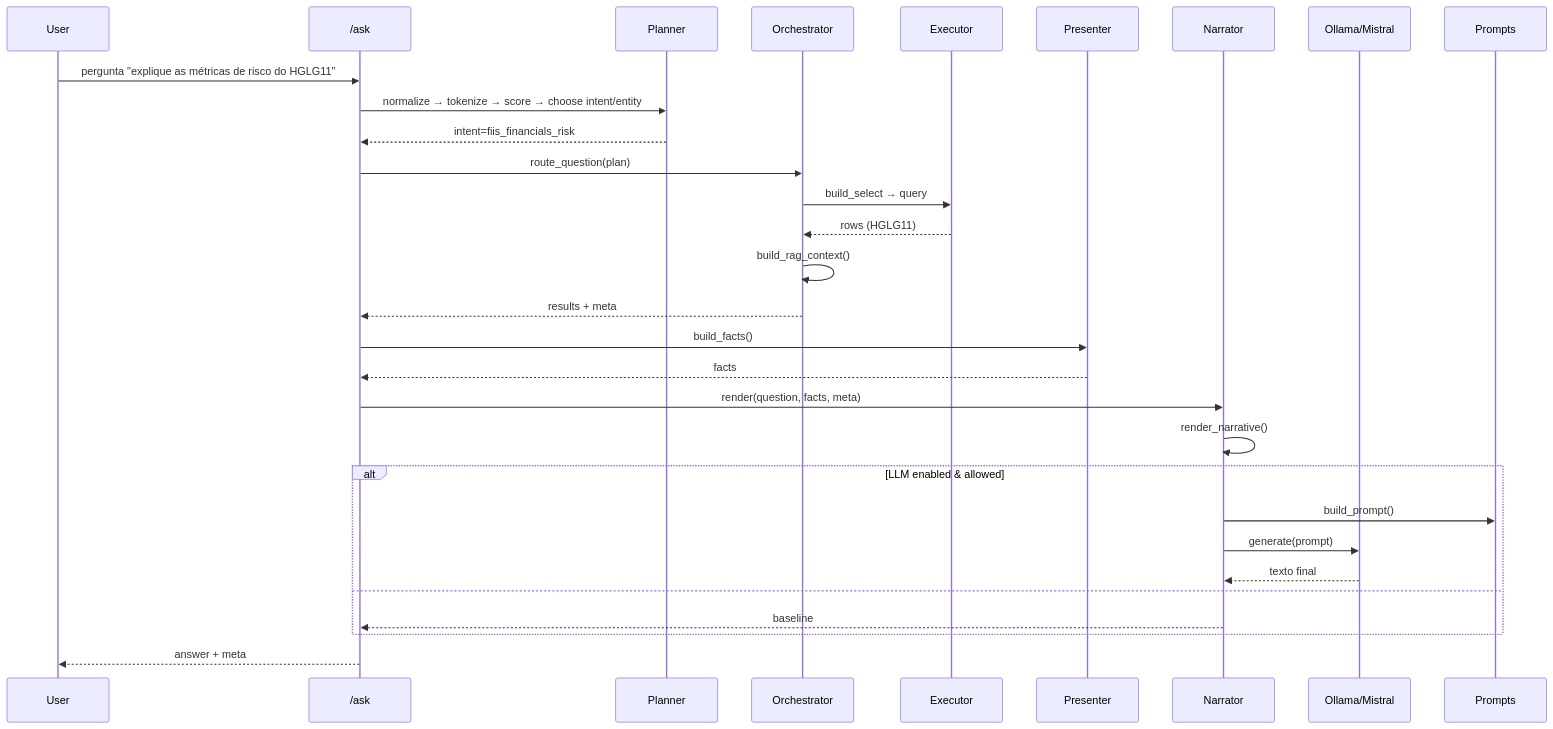
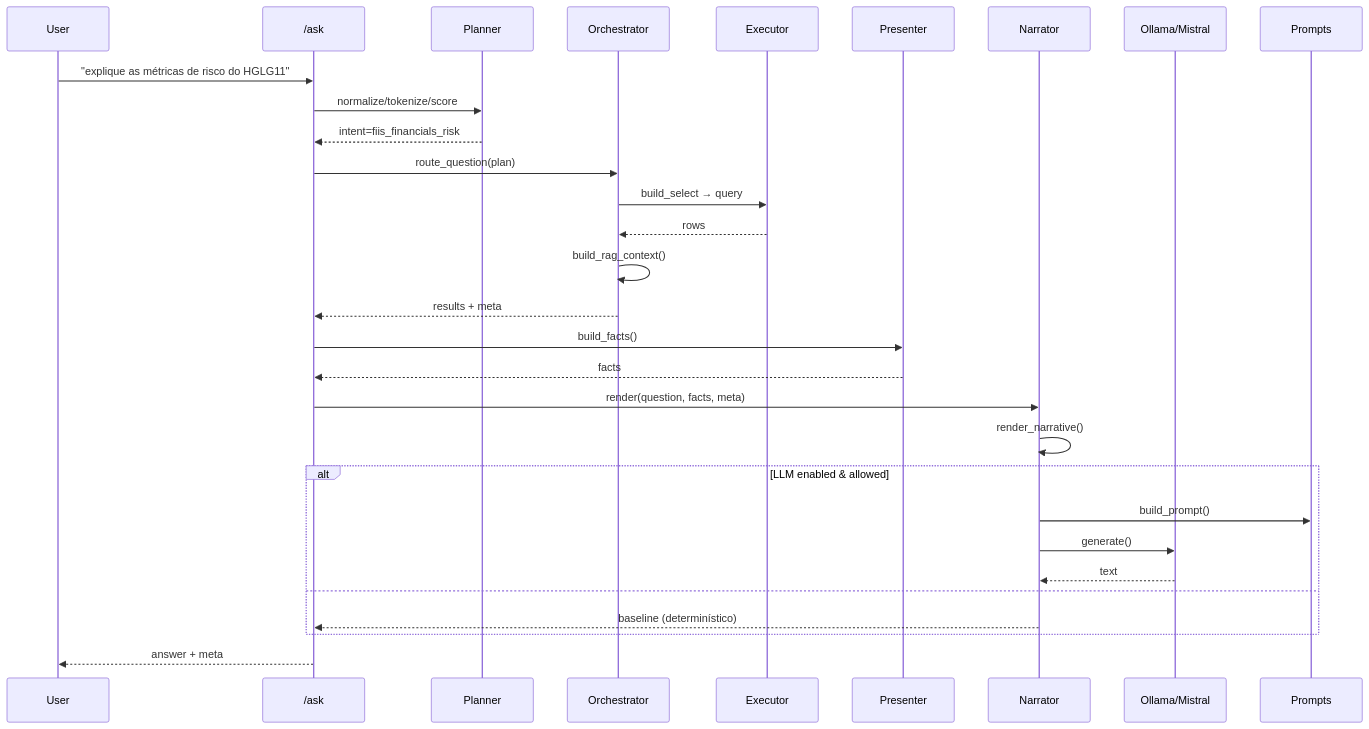
The diagram in docs/dev/NARRATOR_FLOW_RISK_SINGLE_PATH.md (leleoaraxa/araquem), drawn with Mermaid before and after one commit. The commit also changed other lines of this file, not shown here.

First line of the commit message:
docs(narrator): finalize NARRATOR_FLOW_RISK_SINGLE_PATH audit with RAG duplication analysis

````diff
--- a/docs/dev/NARRATOR_FLOW_RISK_SINGLE_PATH.md
+++ b/docs/dev/NARRATOR_FLOW_RISK_SINGLE_PATH.md
@@ -263,32 +254,32 @@
 ```mermaid
 sequenceDiagram
     participant User
     participant API as /ask
     participant Planner
     participant Orchestrator
     participant Executor
     participant Presenter
     participant Narrator
     participant LLM as Ollama/Mistral
 
-    User ->> API: pergunta "explique as métricas de risco do HGLG11"
-    API ->> Planner: normalize → tokenize → score → choose intent/entity
+    User ->> API: "explique as métricas de risco do HGLG11"
+    API ->> Planner: normalize/tokenize/score
     Planner -->> API: intent=fiis_financials_risk
     API ->> Orchestrator: route_question(plan)
     Orchestrator ->> Executor: build_select → query
-    Executor -->> Orchestrator: rows (HGLG11)
+    Executor -->> Orchestrator: rows
     Orchestrator ->> Orchestrator: build_rag_context()
     Orchestrator -->> API: results + meta
     API ->> Presenter: build_facts()
     Presenter -->> API: facts
     API ->> Narrator: render(question, facts, meta)
     Narrator ->> Narrator: render_narrative()
     alt LLM enabled & allowed
         Narrator ->> Prompts: build_prompt()
-        Narrator ->> LLM: generate(prompt)
-        LLM -->> Narrator: texto final
+        Narrator ->> LLM: generate()
+        LLM -->> Narrator: text
     else
-        Narrator -->> API: baseline
+        Narrator -->> API: baseline (determinístico)
     end
     API -->> User: answer + meta
 ```
````
